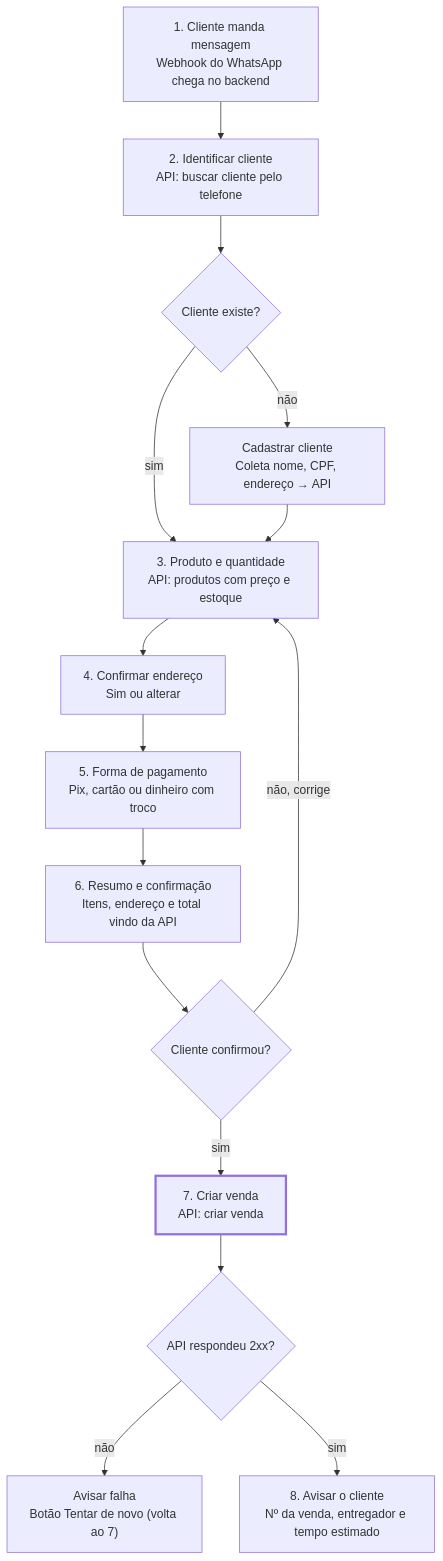
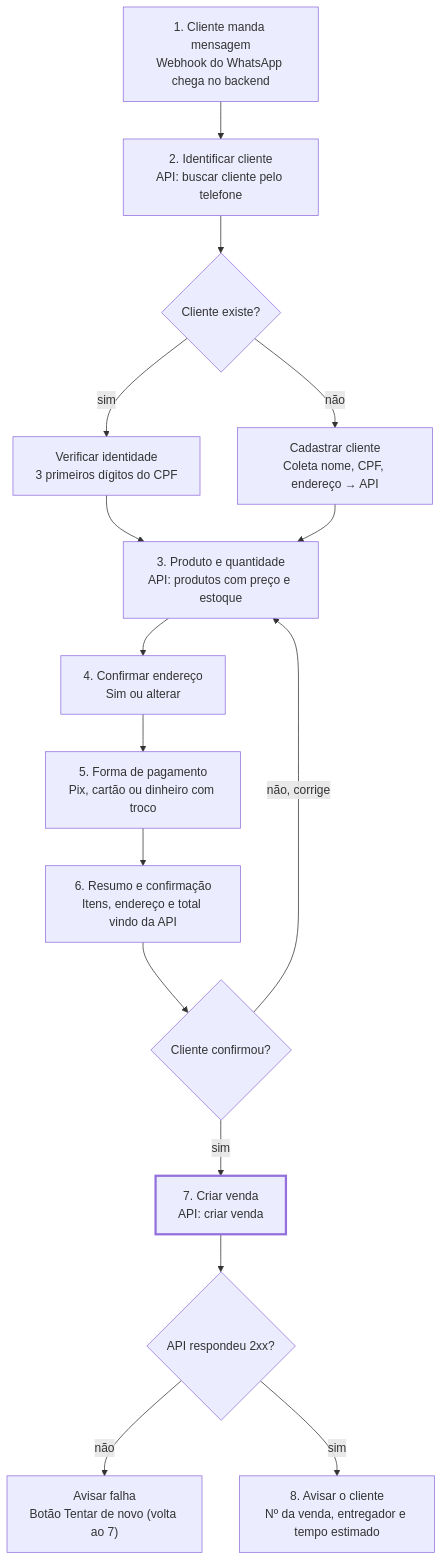
One commit to PabloFalc/REVgas-chatbot changed the diagram in docs/project/fluxo.md. Above: the diagram before and after it, drawn with Mermaid. The commit also changed other lines of this file and 4 other files, not shown here.

````diff
--- a/docs/project/fluxo.md
+++ b/docs/project/fluxo.md
@@ -9,18 +9,19 @@
 ```mermaid
 flowchart TD
     A["1. Cliente manda mensagem<br/>Webhook do WhatsApp chega no backend"] --> B["2. Identificar cliente<br/>API: buscar cliente pelo telefone"]
     B --> C{Cliente existe?}
     C -- não --> D["Cadastrar cliente<br/>Coleta nome, CPF, endereço → API"]
-    C -- sim --> E["3. Produto e quantidade<br/>API: produtos com preço e estoque"]
+    C -- sim --> V["Verificar identidade<br/>3 primeiros dígitos do CPF"]
+    V --> E["3. Produto e quantidade<br/>API: produtos com preço e estoque"]
     D --> E
     E --> F["4. Confirmar endereço<br/>Sim ou alterar"]
     F --> G["5. Forma de pagamento<br/>Pix, cartão ou dinheiro com troco"]
     G --> H["6. Resumo e confirmação<br/>Itens, endereço e total vindo da API"]
     H --> I{Cliente confirmou?}
     I -- "não, corrige" --> E
     I -- sim --> J["7. Criar venda<br/>API: criar venda"]
     J --> K{API respondeu 2xx?}
     K -- não --> L["Avisar falha<br/>Botão Tentar de novo (volta ao 7)"]
     K -- sim --> M["8. Avisar o cliente<br/>Nº da venda, entregador e tempo estimado"]
     style J stroke-width:3px
 ```
````
